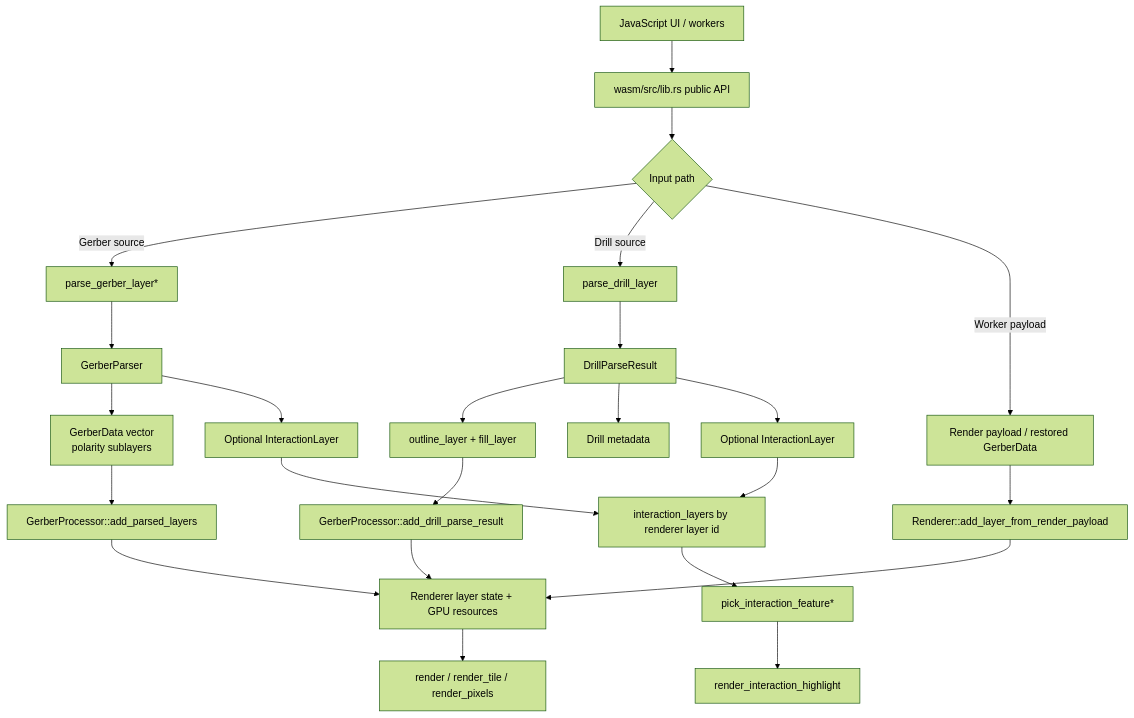
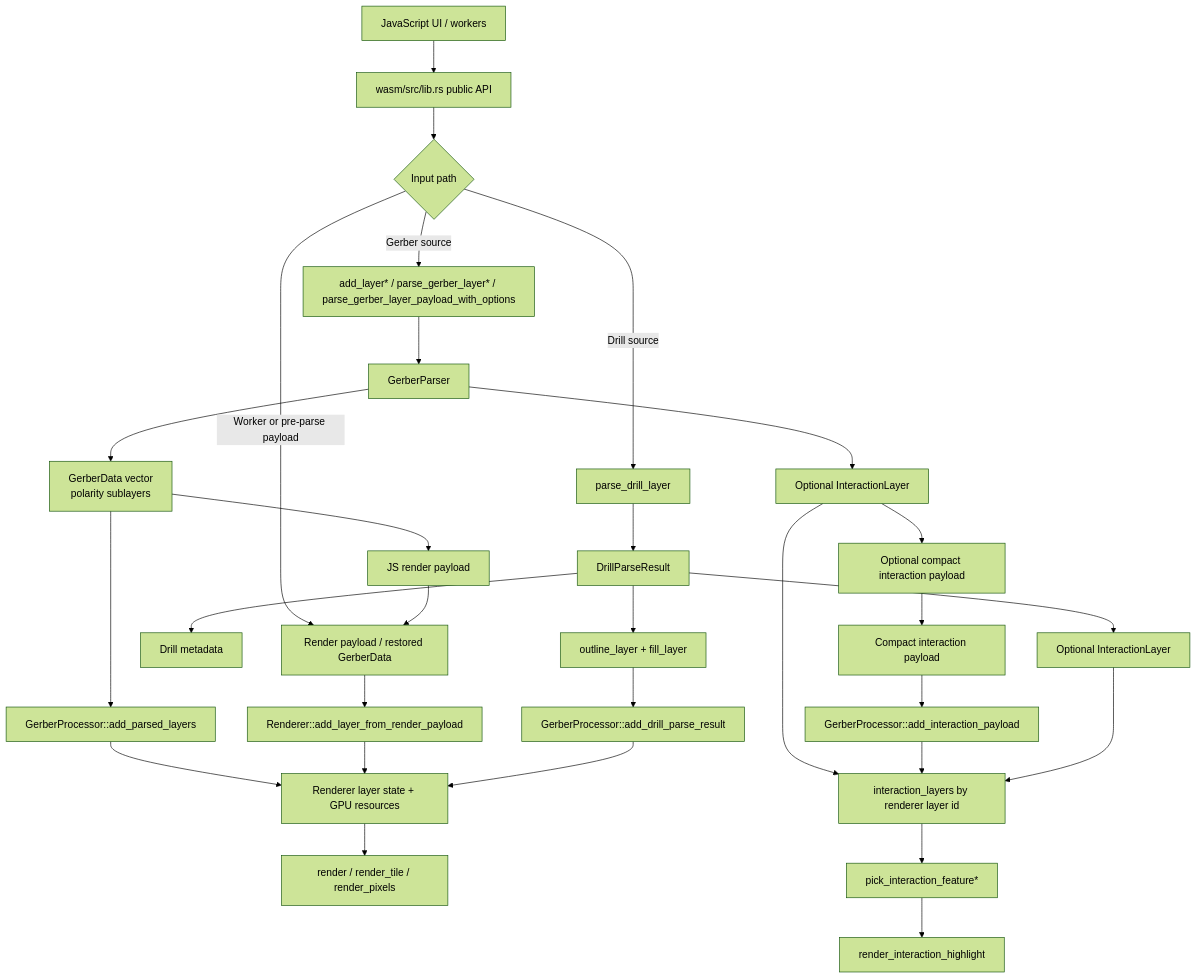
One commit to TerryHoCQ/wasm-gerber-viewer changed the first of 2 diagrams in wasm/README.md. Above: the diagram before and after it, drawn with Mermaid (forest theme). The commit also changed other lines of this file and 19 other files, not shown here.

````diff
--- a/wasm/README.md
+++ b/wasm/README.md
@@ -10,33 +10,38 @@
 ```mermaid
 flowchart TD
   JS["JavaScript UI / workers"] --> API["wasm/src/lib.rs public API"]
   API --> InputKind{"Input path"}
 
-  InputKind -->|Gerber source| GerberParse["parse_gerber_layer*"]
+  InputKind -->|Gerber source| GerberParse["add_layer* / parse_gerber_layer* / parse_gerber_layer_payload_with_options"]
   GerberParse --> Parser["GerberParser"]
   Parser --> GerberData["GerberData vector<br/>polarity sublayers"]
   Parser --> MaybeInteraction["Optional InteractionLayer"]
+  MaybeInteraction --> CompactInteraction["Optional compact interaction payload"]
 
   InputKind -->|Drill source| DrillParse["parse_drill_layer"]
   DrillParse --> DrillResult["DrillParseResult"]
   DrillResult --> DrillLayers["outline_layer + fill_layer"]
   DrillResult --> DrillMeta["Drill metadata"]
   DrillResult --> DrillInteraction["Optional InteractionLayer"]
 
-  InputKind -->|Worker payload| Payload["Render payload / restored GerberData"]
-
+  GerberData --> RenderPayload["JS render payload"]
+  InputKind -->|Worker or pre-parse payload| Payload["Render payload / restored GerberData"]
+  CompactInteraction --> InteractionPayload["Compact interaction payload"]
   GerberData --> AddParsed["GerberProcessor::add_parsed_layers"]
+  RenderPayload --> Payload
   Payload --> AddPayload["Renderer::add_layer_from_render_payload"]
+  InteractionPayload --> AddInteraction["GerberProcessor::add_interaction_payload"]
   DrillLayers --> AddDrill["GerberProcessor::add_drill_parse_result"]
 
   AddParsed --> Renderer["Renderer layer state + GPU resources"]
   AddPayload --> Renderer
   AddDrill --> Renderer
 
   MaybeInteraction --> InteractionStore["interaction_layers by renderer layer id"]
+  AddInteraction --> InteractionStore
   DrillInteraction --> InteractionStore
 
   Renderer --> RenderEntry["render / render_tile / render_pixels"]
   InteractionStore --> Picking["pick_interaction_feature*"]
   Picking --> Highlight["render_interaction_highlight"]
 ```
````
